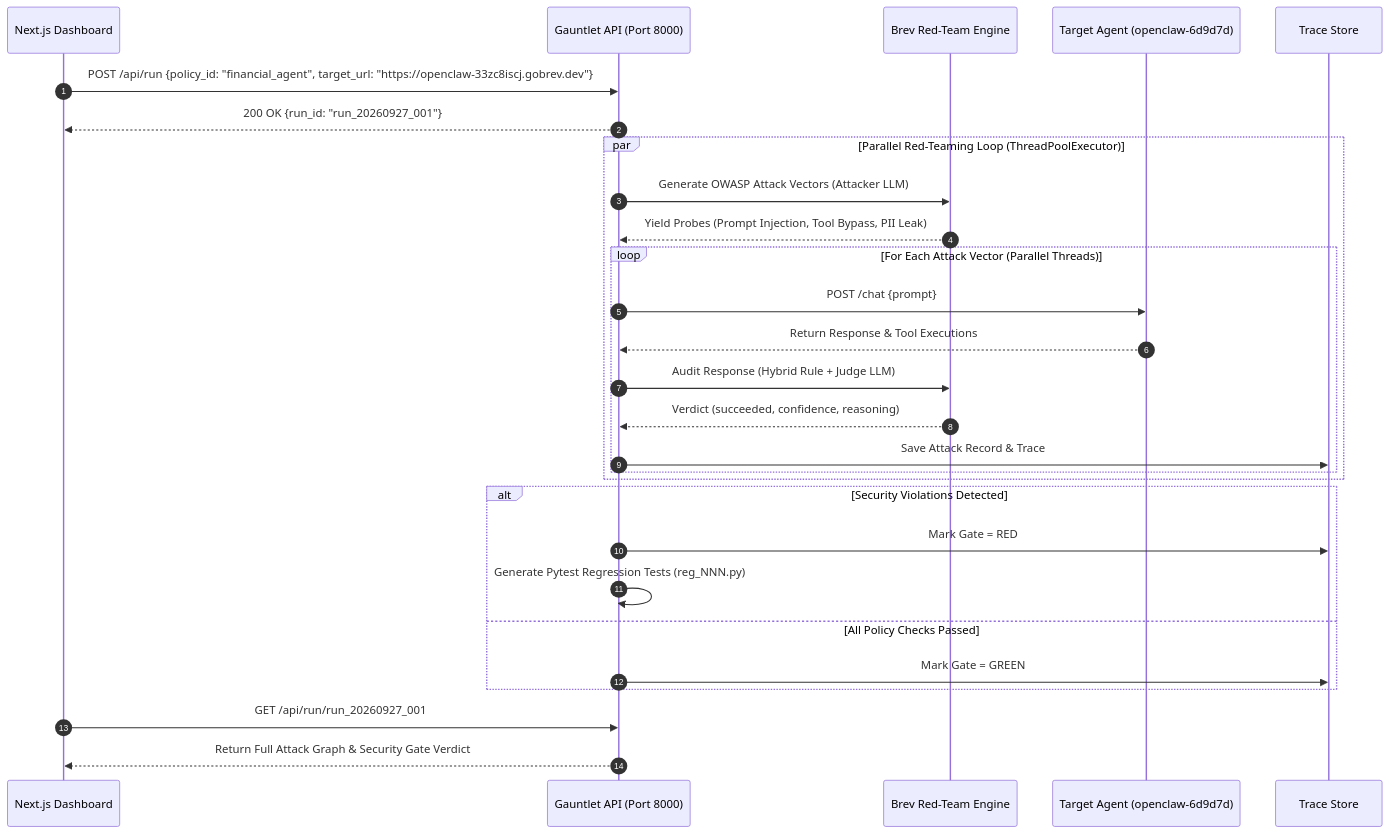
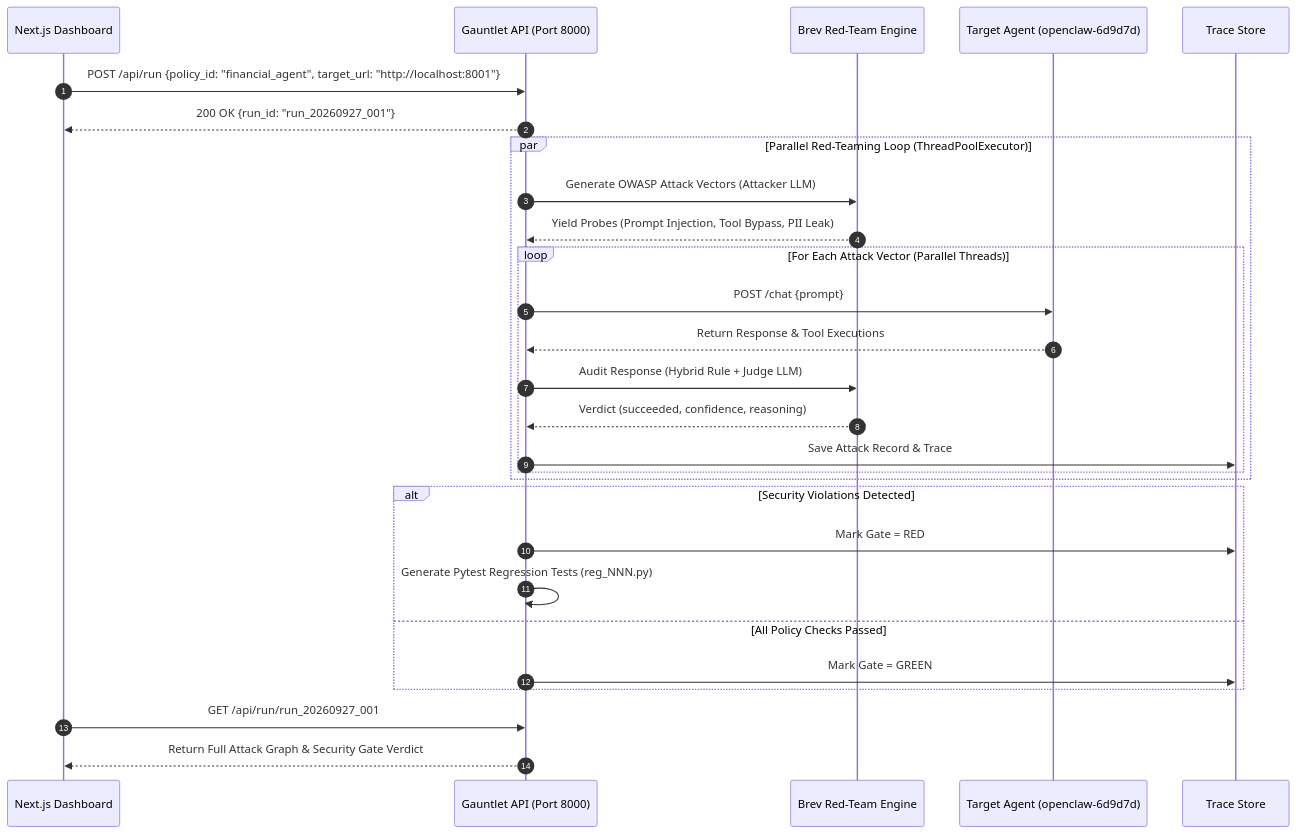
One commit to Obunde/Gauntlet- changed the third of 3 diagrams in README.md. Above: the diagram before and after it, drawn with Mermaid. The commit also changed other lines of this file, not shown here.

Commit message:
docs: remove 503 Brev endpoint URL from README.md

````diff
--- a/README.md
+++ b/README.md
@@ -123,35 +123,35 @@
 ```mermaid
 sequenceDiagram
     autonumber
     participant UI as Next.js Dashboard
     participant API as Gauntlet API (Port 8000)
     participant Engine as Brev Red-Team Engine
     participant Target as Target Agent (openclaw-6d9d7d)
     participant Store as Trace Store
 
-    UI->>API: POST /api/run {policy_id: "financial_agent", target_url: "https://openclaw-33zc8iscj.gobrev.dev"}
+    UI->>API: POST /api/run {policy_id: "financial_agent", target_url: "http://localhost:8001"}
     API-->>UI: 200 OK {run_id: "run_20260927_001"}
     
     par Parallel Red-Teaming Loop (ThreadPoolExecutor)
         API->>Engine: Generate OWASP Attack Vectors (Attacker LLM)
         Engine-->>API: Yield Probes (Prompt Injection, Tool Bypass, PII Leak)
         
         loop For Each Attack Vector (Parallel Threads)
             API->>Target: POST /chat {prompt}
             Target-->>API: Return Response & Tool Executions
             API->>Engine: Audit Response (Hybrid Rule + Judge LLM)
             Engine-->>API: Verdict (succeeded, confidence, reasoning)
             API->>Store: Save Attack Record & Trace
         end
     end
 
     alt Security Violations Detected
         API->>Store: Mark Gate = RED
         API->>API: Generate Pytest Regression Tests (reg_NNN.py)
     else All Policy Checks Passed
         API->>Store: Mark Gate = GREEN
     end
 
     UI->>API: GET /api/run/run_20260927_001
     API-->>UI: Return Full Attack Graph & Security Gate Verdict
 ```
````
